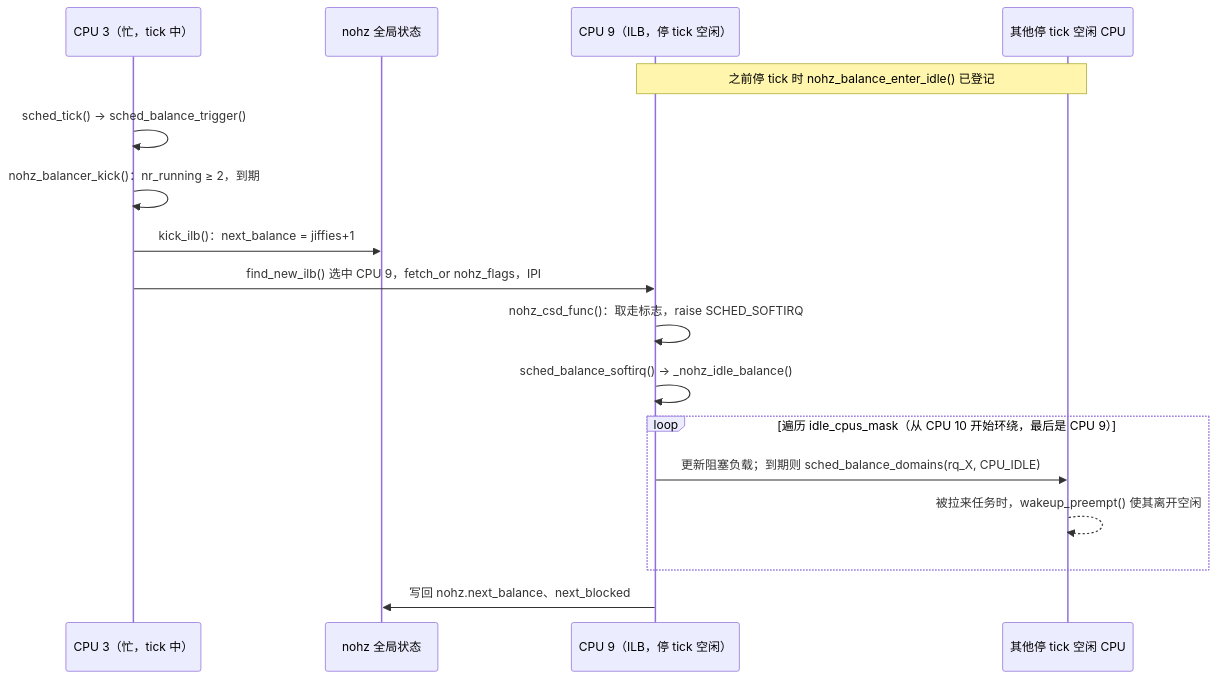
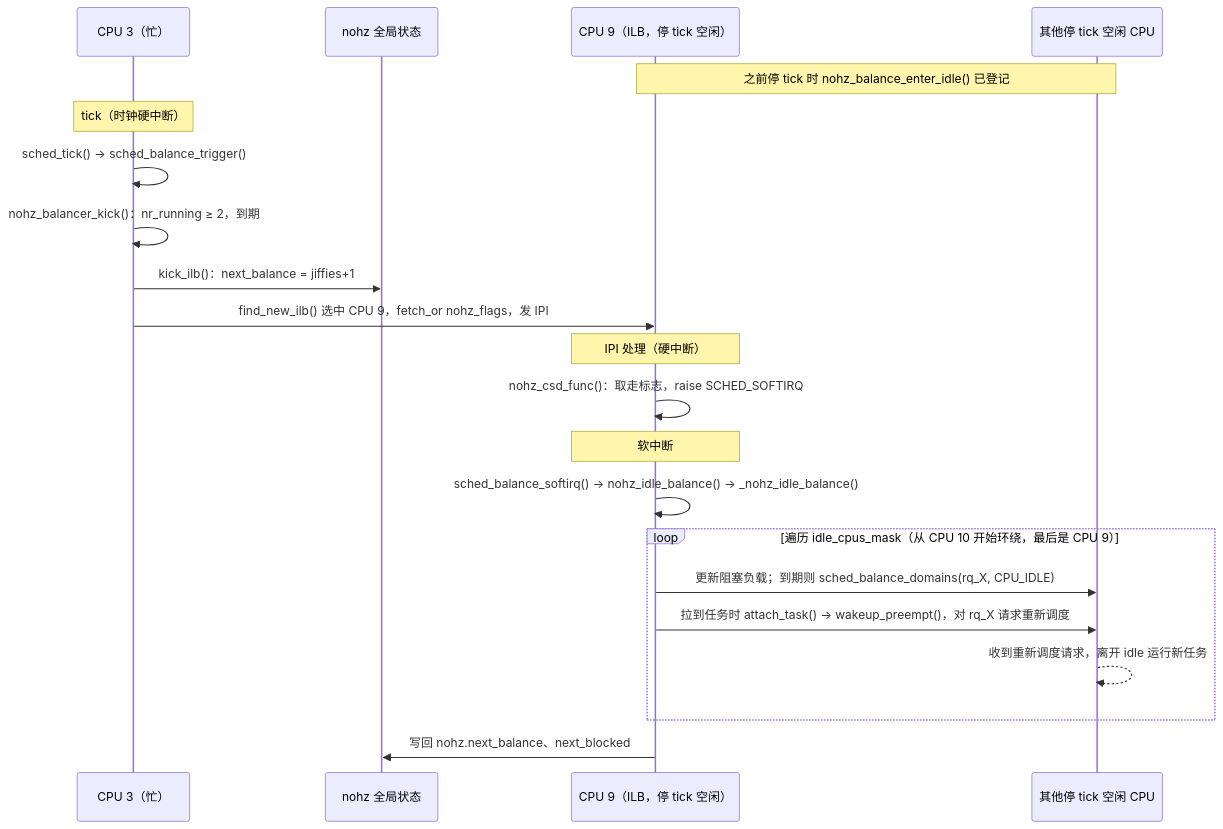
One commit to linuxperf/linux-study changed the sixth of 6 diagrams in book/sched/loadbalance.md. Above: the diagram before and after it, drawn with Mermaid. The commit also changed other lines of this file and 2 other files, not shown here.

````diff
--- a/book/sched/loadbalance.md
+++ b/book/sched/loadbalance.md
@@ -912,19 +947,23 @@
 ```mermaid
 sequenceDiagram
-    participant B as CPU 3（忙，tick 中）
+    participant B as CPU 3（忙）
     participant N as nohz 全局状态
     participant I as CPU 9（ILB，停 tick 空闲）
     participant X as 其他停 tick 空闲 CPU
     Note over I,X: 之前停 tick 时 nohz_balance_enter_idle() 已登记
+    Note over B: tick（时钟硬中断）
     B->>B: sched_tick() → sched_balance_trigger()
     B->>B: nohz_balancer_kick()：nr_running ≥ 2，到期
     B->>N: kick_ilb()：next_balance = jiffies+1
-    B->>I: find_new_ilb() 选中 CPU 9，fetch_or nohz_flags，IPI
+    B->>I: find_new_ilb() 选中 CPU 9，fetch_or nohz_flags，发 IPI
+    Note over I: IPI 处理（硬中断）
     I->>I: nohz_csd_func()：取走标志，raise SCHED_SOFTIRQ
-    I->>I: sched_balance_softirq() → _nohz_idle_balance()
+    Note over I: 软中断
+    I->>I: sched_balance_softirq() → nohz_idle_balance() → _nohz_idle_balance()
     loop 遍历 idle_cpus_mask（从 CPU 10 开始环绕，最后是 CPU 9）
         I->>X: 更新阻塞负载；到期则 sched_balance_domains(rq_X, CPU_IDLE)
-        X-->>X: 被拉来任务时，wakeup_preempt() 使其离开空闲
+        I->>X: 拉到任务时 attach_task() → wakeup_preempt()，对 rq_X 请求重新调度
+        X-->>X: 收到重新调度请求，离开 idle 运行新任务
     end
     I->>N: 写回 nohz.next_balance、next_blocked
 ```
````
